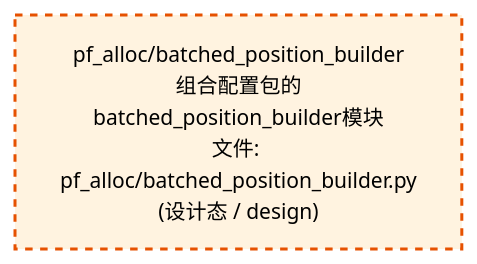
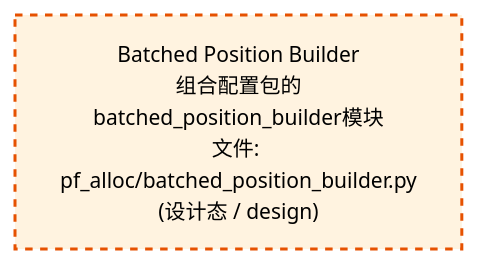
The third of 4 diagrams in docs/02_enterprise_architecture/02_domain_architecture_docs/62_d_pf_alloc.md (xuanFelixVan/ZephyrAlpha), drawn with Mermaid before and after one commit. The commit also changed other lines of this file and 58 other files, not shown here.

````diff
--- a/docs/02_enterprise_architecture/02_domain_architecture_docs/62_d_pf_alloc.md
+++ b/docs/02_enterprise_architecture/02_domain_architecture_docs/62_d_pf_alloc.md
@@ -119,10 +119,10 @@
 ```mermaid
 %%{init: {'theme': 'base', 'themeVariables': {'primaryColor': '#eaeaea', 'primaryTextColor': '#333333', 'primaryBorderColor': '#666666', 'lineColor': '#666666', 'secondaryColor': '#eaeaea', 'tertiaryColor': '#eaeaea', 'fontSize': '14px'}}}%%
 flowchart TD
-    src_zephyr_pf_alloc_batched_position_builder_py["pf_alloc/batched_position_builder<br/>组合配置包的batched_position_builder模块<br/>文件: pf_alloc/batched_position_builder.py<br/>(设计态 / design)"]
+    src_zephyr_pf_alloc_batched_position_builder_py["Batched Position Builder<br/>组合配置包的batched_position_builder模块<br/>文件: pf_alloc/batched_position_builder.py<br/>(设计态 / design)"]
     classDef production fill:#e1f5fe,stroke:#01579b,stroke-width:2px,color:#000
     classDef design fill:#fff3e0,stroke:#e65100,stroke-width:2px,color:#000,stroke-dasharray: 5 5
     classDef external_prod fill:#e8f4fd,stroke:#0277bd,stroke-width:1px,color:#000
     classDef external_design fill:#fff8e7,stroke:#ef6c00,stroke-width:1px,color:#000,stroke-dasharray: 5 5
     class src_zephyr_pf_alloc_batched_position_builder_py design
 ```
````
